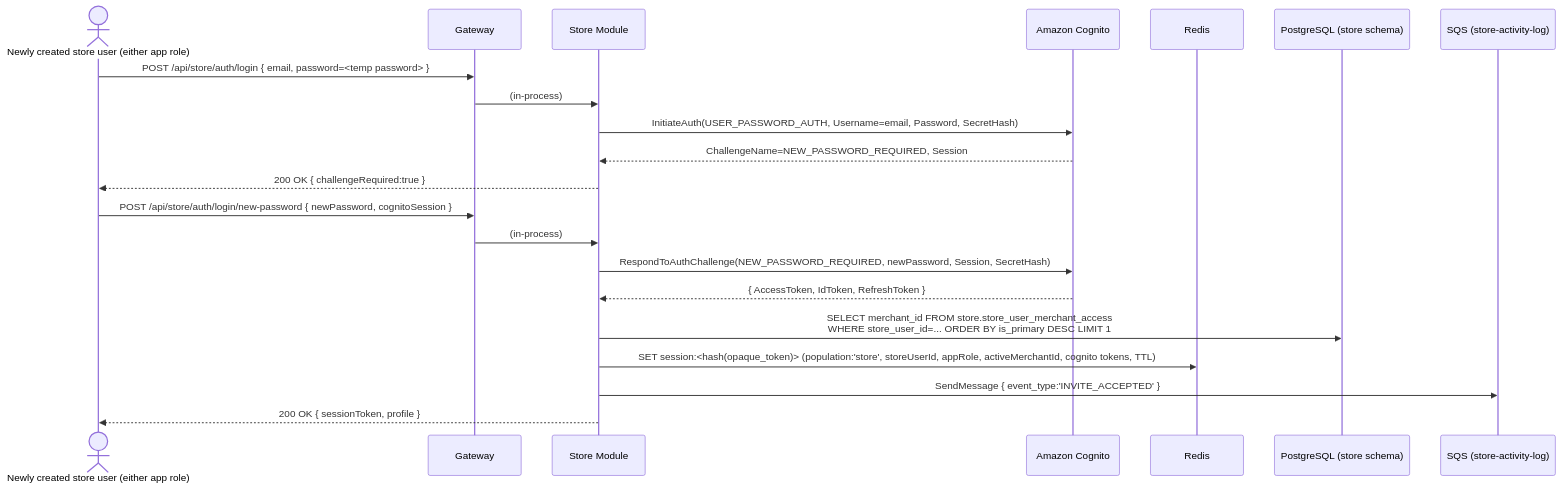
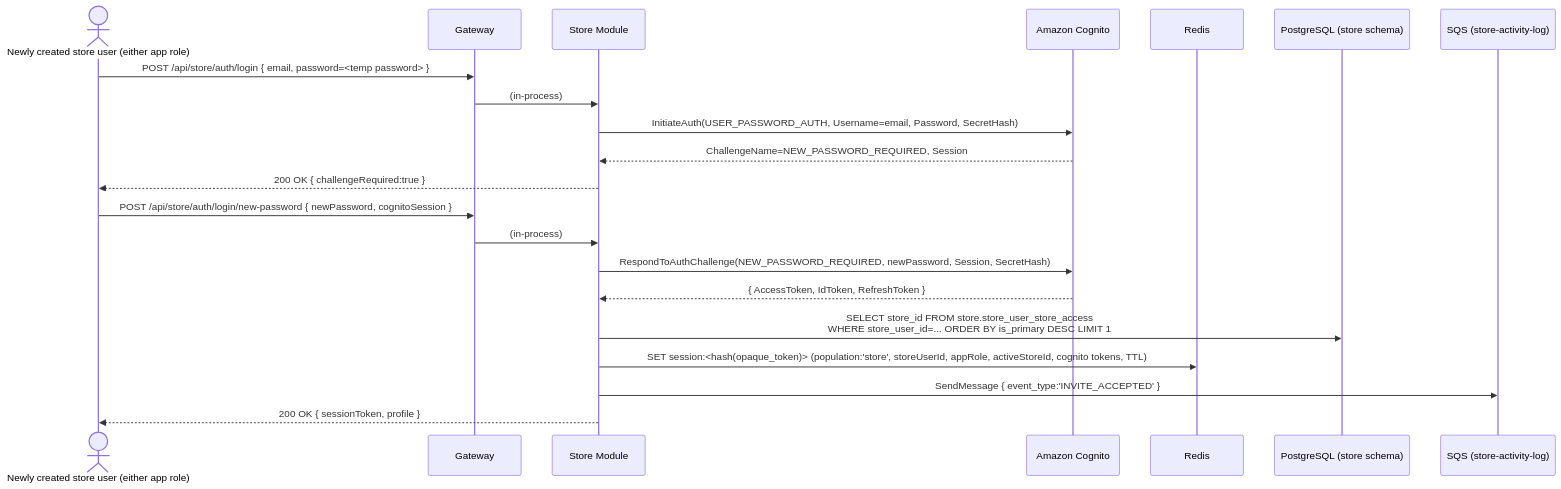
One commit to szhanggit/appointmentsystemdesign changed the second of 4 diagrams in usercasestudy/growayshop-registration-workflow.md. Above: the diagram before and after it, drawn with Mermaid. The commit also changed other lines of this file, not shown here.

Commit message:
terminology: Chain=连锁, store=一家店; merchant retired (reserved for future use)

````diff
--- a/usercasestudy/growayshop-registration-workflow.md
+++ b/usercasestudy/growayshop-registration-workflow.md
@@ -197,25 +197,25 @@
 ```mermaid
 sequenceDiagram
     actor N as Newly created store user (either app role)
     participant GW as Gateway
     participant SM as Store Module
     participant SCOG as Amazon Cognito
     participant REDIS as Redis
     participant DB as PostgreSQL (store schema)
     participant SQSQ as SQS (store-activity-log)
 
     N->>GW: POST /api/store/auth/login { email, password=<temp password> }
     GW->>SM: (in-process)
     SM->>SCOG: InitiateAuth(USER_PASSWORD_AUTH, Username=email, Password, SecretHash)
     SCOG-->>SM: ChallengeName=NEW_PASSWORD_REQUIRED, Session
     SM-->>N: 200 OK { challengeRequired:true }
 
     N->>GW: POST /api/store/auth/login/new-password { newPassword, cognitoSession }
     GW->>SM: (in-process)
     SM->>SCOG: RespondToAuthChallenge(NEW_PASSWORD_REQUIRED, newPassword, Session, SecretHash)
     SCOG-->>SM: { AccessToken, IdToken, RefreshToken }
-    SM->>DB: SELECT merchant_id FROM store.store_user_merchant_access<br/>WHERE store_user_id=... ORDER BY is_primary DESC LIMIT 1
-    SM->>REDIS: SET session:<hash(opaque_token)> (population:'store', storeUserId, appRole, activeMerchantId, cognito tokens, TTL)
+    SM->>DB: SELECT store_id FROM store.store_user_store_access<br/>WHERE store_user_id=... ORDER BY is_primary DESC LIMIT 1
+    SM->>REDIS: SET session:<hash(opaque_token)> (population:'store', storeUserId, appRole, activeStoreId, cognito tokens, TTL)
     SM->>SQSQ: SendMessage { event_type:'INVITE_ACCEPTED' }
     SM-->>N: 200 OK { sessionToken, profile }
 ```
````
